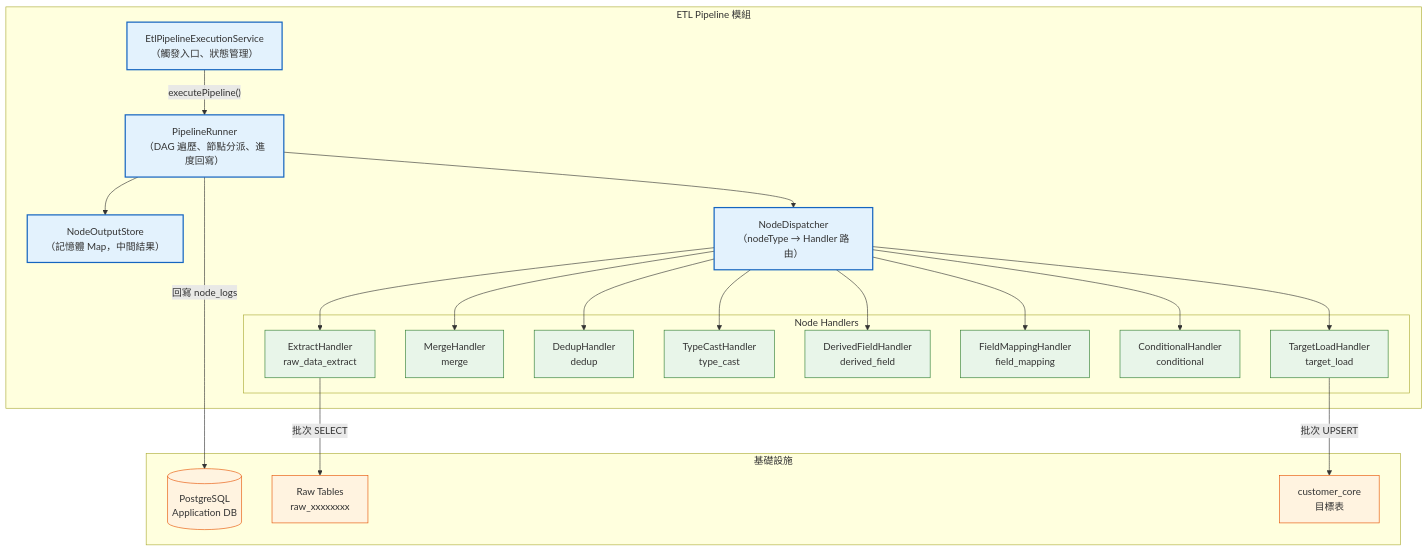
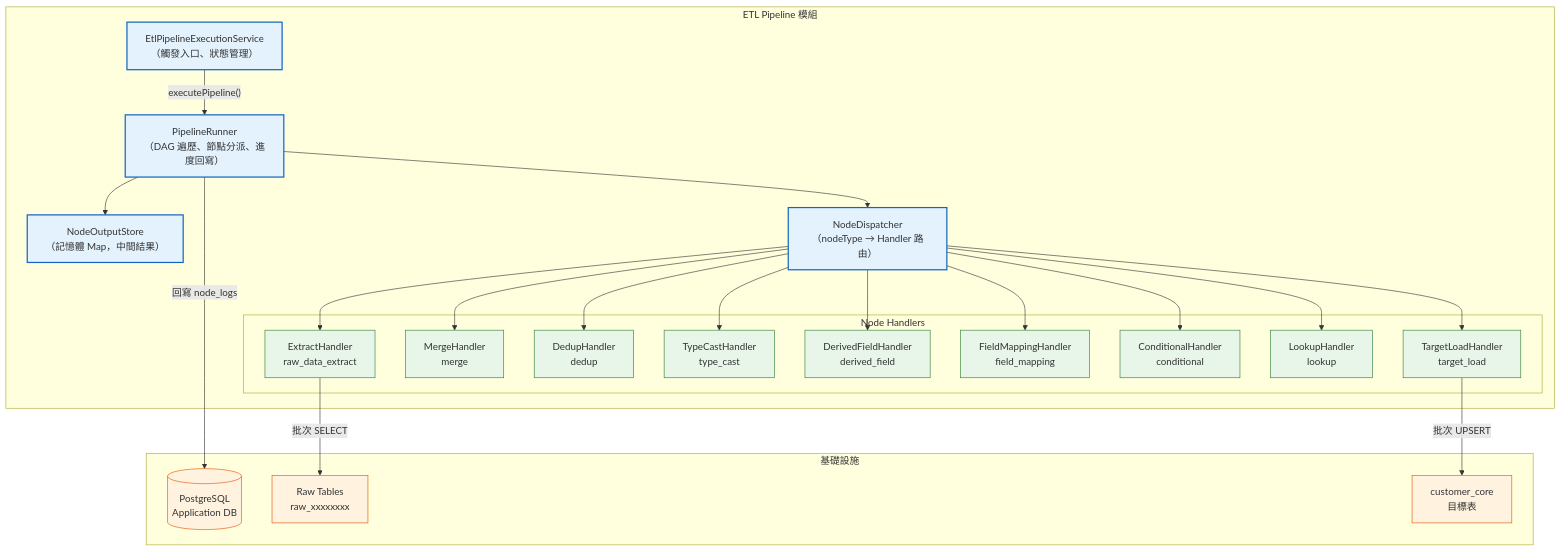
The first of 7 diagrams in docs/specs/etl-engine-architecture.md (wisewhalesoft/cdmp-mvp), drawn with Mermaid before and after one commit. The commit also changed other lines of this file and 4 other files, not shown here.

````diff
--- a/docs/specs/etl-engine-architecture.md
+++ b/docs/specs/etl-engine-architecture.md
@@ -41,49 +41,51 @@
 ```mermaid
 graph TD
     subgraph ETLModule["ETL Pipeline 模組"]
         ExecSvc["EtlPipelineExecutionService<br/>（觸發入口、狀態管理）"]
         Runner["PipelineRunner<br/>（DAG 遍歷、節點分派、進度回寫）"]
         OutputStore["NodeOutputStore<br/>（記憶體 Map，中間結果）"]
         Dispatcher["NodeDispatcher<br/>（nodeType → Handler 路由）"]
 
         subgraph Handlers["Node Handlers"]
             ExtractH["ExtractHandler<br/>raw_data_extract"]
             MergeH["MergeHandler<br/>merge"]
             DedupH["DedupHandler<br/>dedup"]
             TypeCastH["TypeCastHandler<br/>type_cast"]
             DerivedH["DerivedFieldHandler<br/>derived_field"]
             MappingH["FieldMappingHandler<br/>field_mapping"]
             CondH["ConditionalHandler<br/>conditional"]
+            LookupH["LookupHandler<br/>lookup"]
             LoadH["TargetLoadHandler<br/>target_load"]
         end
     end
 
     subgraph Infrastructure["基礎設施"]
         AppDB[("PostgreSQL<br/>Application DB")]
         RawTables["Raw Tables<br/>raw_xxxxxxxx"]
         TargetTable["customer_core<br/>目標表"]
     end
 
     ExecSvc -->|"executePipeline()"| Runner
     Runner --> OutputStore
     Runner --> Dispatcher
     Dispatcher --> ExtractH
     Dispatcher --> MergeH
     Dispatcher --> DedupH
     Dispatcher --> TypeCastH
     Dispatcher --> DerivedH
     Dispatcher --> MappingH
     Dispatcher --> CondH
+    Dispatcher --> LookupH
     Dispatcher --> LoadH
 
     ExtractH -->|"批次 SELECT"| RawTables
     LoadH -->|"批次 UPSERT"| TargetTable
     Runner -->|"回寫 node_logs"| AppDB
 
     classDef core fill:#e3f2fd,stroke:#1565c0,stroke-width:2px
     classDef handler fill:#e8f5e9,stroke:#2e7d32,stroke-width:1px
     classDef infra fill:#fff3e0,stroke:#e65100,stroke-width:1px
     class ExecSvc,Runner,OutputStore,Dispatcher core
-    class ExtractH,MergeH,DedupH,TypeCastH,DerivedH,MappingH,CondH,LoadH handler
+    class ExtractH,MergeH,DedupH,TypeCastH,DerivedH,MappingH,CondH,LookupH,LoadH handler
     class AppDB,RawTables,TargetTable infra
 ```
````
